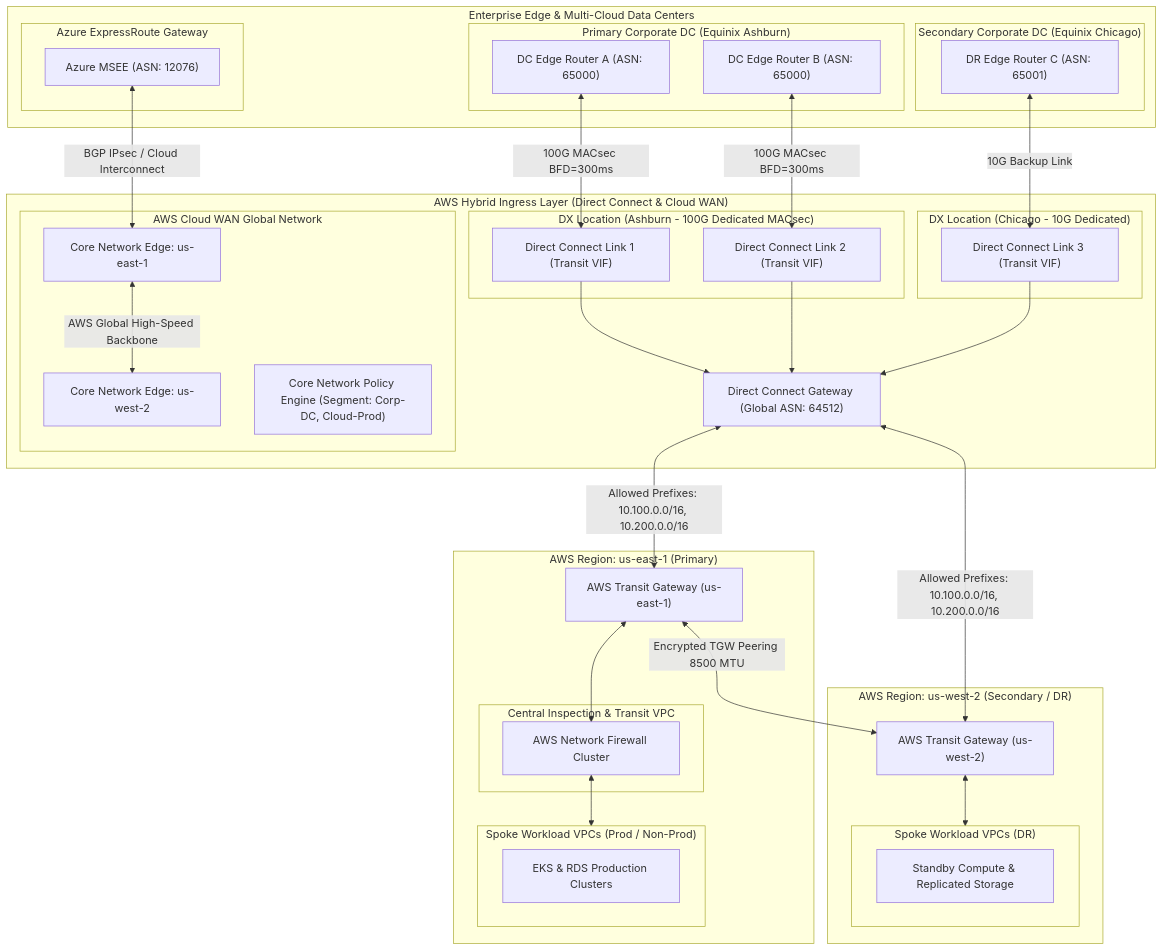
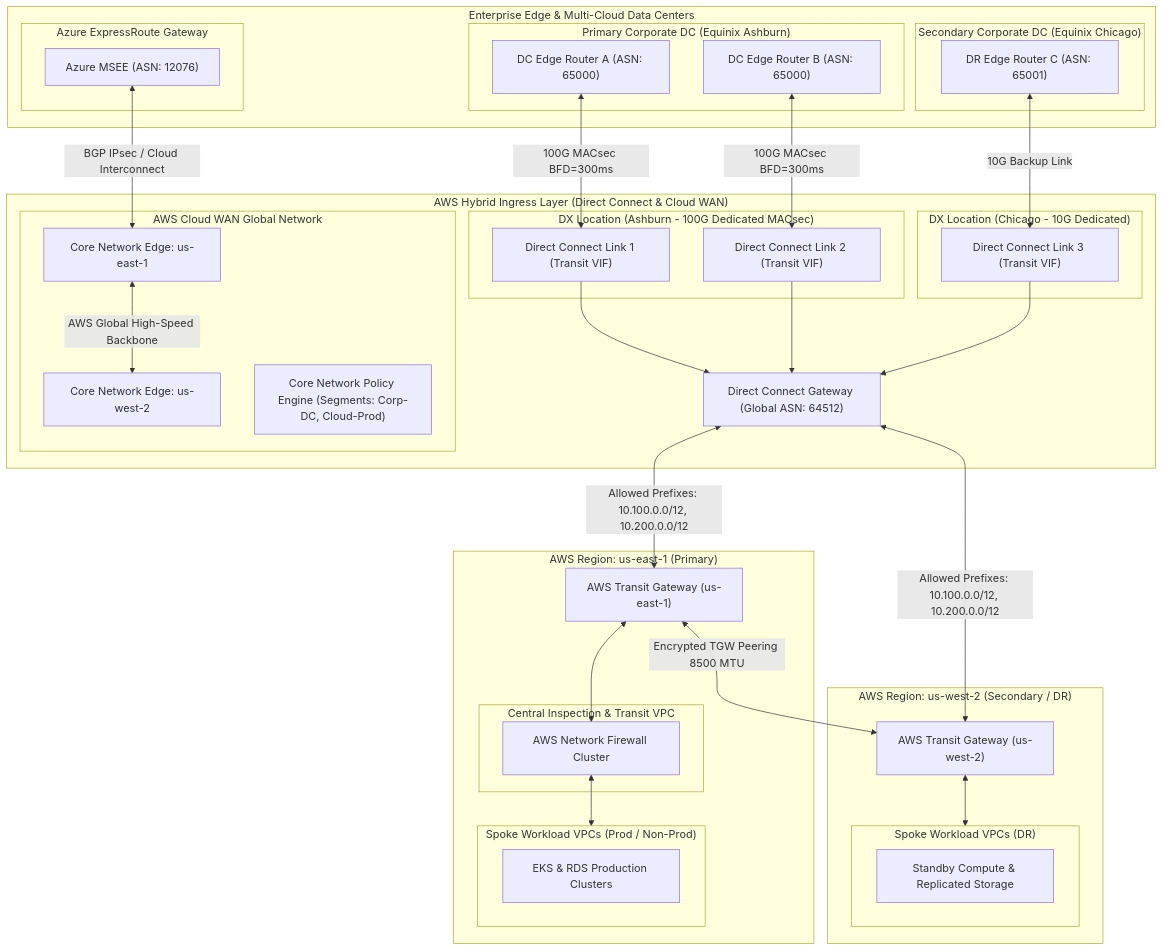
Before and after one commit to minddrop/aws-solution-map: the diagram in docs/02-hybrid-multi-cloud-connectivity.md, drawn with Mermaid. The commit also changed other lines of this file and 16 other files, not shown here.

Commit message:
feat(blueprint): apply enterprise architectural modernizations across all 11 domains and contracts

````diff
--- a/docs/02-hybrid-multi-cloud-connectivity.md
+++ b/docs/02-hybrid-multi-cloud-connectivity.md
@@ -103,77 +100,77 @@
 ```mermaid
 flowchart TB
     subgraph OnPrem_Azure_GCP["Enterprise Edge & Multi-Cloud Data Centers"]
         subgraph Primary_DC["Primary Corporate DC (Equinix Ashburn)"]
             Edge_Router_1["DC Edge Router A (ASN: 65000)"]
             Edge_Router_2["DC Edge Router B (ASN: 65000)"]
         end
         subgraph Secondary_DC["Secondary Corporate DC (Equinix Chicago)"]
             Edge_Router_3["DR Edge Router C (ASN: 65001)"]
         end
         subgraph Azure_VWAN["Azure ExpressRoute Gateway"]
             Azure_Router["Azure MSEE (ASN: 12076)"]
         end
     end
 
     subgraph AWS_Hybrid_Ingress["AWS Hybrid Ingress Layer (Direct Connect & Cloud WAN)"]
         subgraph DX_Location_Ashburn["DX Location (Ashburn - 100G Dedicated MACsec)"]
             DX_Conn_1["Direct Connect Link 1 (Transit VIF)"]
             DX_Conn_2["Direct Connect Link 2 (Transit VIF)"]
         end
         subgraph DX_Location_Chicago["DX Location (Chicago - 10G Dedicated)"]
             DX_Conn_3["Direct Connect Link 3 (Transit VIF)"]
         end
 
         DXGW["Direct Connect Gateway (Global ASN: 64512)"]
 
         subgraph Cloud_WAN_Core["AWS Cloud WAN Global Network"]
             CNE_Region_1["Core Network Edge: us-east-1"]
             CNE_Region_2["Core Network Edge: us-west-2"]
-            CNE_Policy["Core Network Policy Engine (Segment: Corp-DC, Cloud-Prod)"]
+            CNE_Policy["Core Network Policy Engine (Segments: Corp-DC, Cloud-Prod)"]
         end
     end
 
     subgraph AWS_Region_Primary["AWS Region: us-east-1 (Primary)"]
         TGW_Primary["AWS Transit Gateway (us-east-1)"]
         
         subgraph Net_Inspection_VPC_1["Central Inspection & Transit VPC"]
             NFW_Cluster_1["AWS Network Firewall Cluster"]
         end
 
         subgraph Workload_VPCs_1["Spoke Workload VPCs (Prod / Non-Prod)"]
             App_Cluster_1["EKS & RDS Production Clusters"]
         end
     end
 
     subgraph AWS_Region_Secondary["AWS Region: us-west-2 (Secondary / DR)"]
         TGW_Secondary["AWS Transit Gateway (us-west-2)"]
         
         subgraph Workload_VPCs_2["Spoke Workload VPCs (DR)"]
             App_Cluster_2["Standby Compute & Replicated Storage"]
         end
     end
 
     %% DX Connections to DXGW
     Edge_Router_1 <-->|100G MACsec BFD=300ms| DX_Conn_1
     Edge_Router_2 <-->|100G MACsec BFD=300ms| DX_Conn_2
     Edge_Router_3 <-->|10G Backup Link| DX_Conn_3
     
     DX_Conn_1 & DX_Conn_2 & DX_Conn_3 --> DXGW
     
     %% DXGW to TGWs and Cloud WAN
-    DXGW <-->|Allowed Prefixes: 10.100.0.0/16, 10.200.0.0/16| TGW_Primary
-    DXGW <-->|Allowed Prefixes: 10.100.0.0/16, 10.200.0.0/16| TGW_Secondary
+    DXGW <-->|Allowed Prefixes: 10.100.0.0/12, 10.200.0.0/12| TGW_Primary
+    DXGW <-->|Allowed Prefixes: 10.100.0.0/12, 10.200.0.0/12| TGW_Secondary
     
     %% Cloud WAN Interconnect
     Azure_Router <-->|BGP IPsec / Cloud Interconnect| CNE_Region_1
     CNE_Region_1 <-->|AWS Global High-Speed Backbone| CNE_Region_2
     
     %% Regional Transit & Inspection Routing
     TGW_Primary <--> NFW_Cluster_1
     NFW_Cluster_1 <--> Workload_VPCs_1
     
     TGW_Secondary <--> Workload_VPCs_2
     
     %% Inter-Region Peering
     TGW_Primary <-->|Encrypted TGW Peering 8500 MTU| TGW_Secondary
 ```
````
